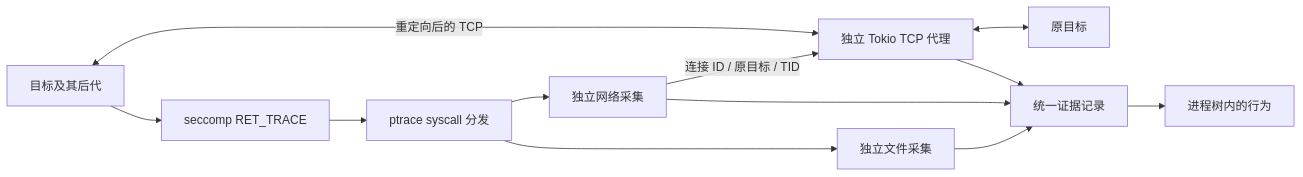
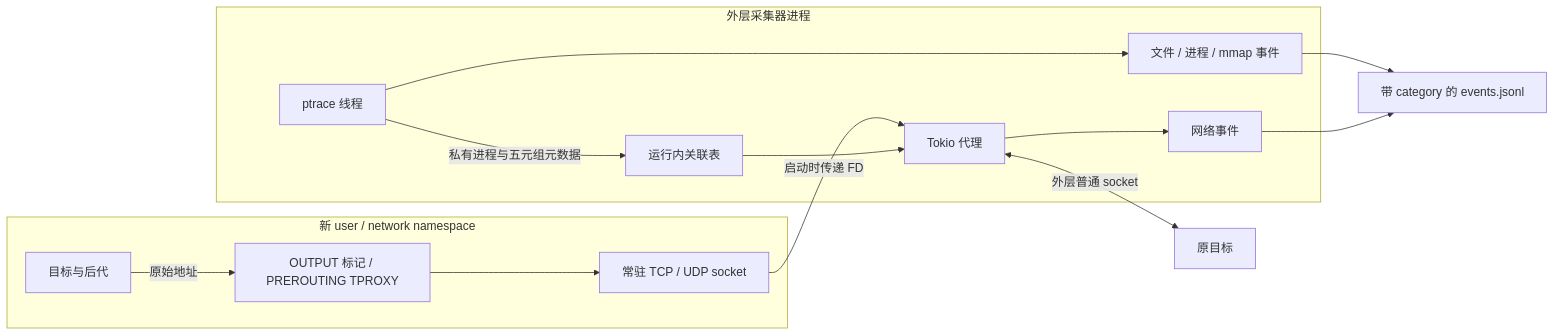
Before and after one commit to nullptrpanic/AgentTomo: the diagram in docs/file-network-collection.md, drawn with Mermaid. The commit also changed other lines of this file and 119 other files, not shown here.

````diff
--- a/docs/file-network-collection.md
+++ b/docs/file-network-collection.md
@@ -16,14 +16,17 @@
 ```mermaid
 flowchart LR
-    Target[目标及其后代] --> Filter[seccomp RET_TRACE]
-    Filter --> Dispatch[ptrace syscall 分发]
-    Dispatch --> Files[独立文件采集]
-    Dispatch --> Net[独立网络采集]
-    Net -->|连接 ID / 原目标 / TID| Proxy[独立 Tokio TCP 代理]
-    Target <-->|重定向后的 TCP| Proxy
-    Proxy <--> Remote[原目标]
-    Files --> Records[统一证据记录]
-    Net --> Records
-    Proxy --> Records
-    Records --> Tree[进程树内的行为]
+    subgraph Inner[新 user / network namespace]
+        Target[目标与后代] -->|原始地址| Rules[OUTPUT 标记 / PREROUTING TPROXY]
+        Rules --> Listen[常驻 TCP / UDP socket]
+    end
+    subgraph Outer[外层采集器进程]
+        Listen -->|启动时传递 FD| Proxy[Tokio 代理]
+        Trace[ptrace 线程] -->|私有进程与五元组元数据| Registry[运行内关联表]
+        Registry --> Proxy
+        Trace --> File[文件 / 进程 / mmap 事件]
+        Proxy --> Network[网络事件]
+    end
+    Proxy <-->|外层普通 socket| Upstream[原目标]
+    File --> Log[带 category 的 events.jsonl]
+    Network --> Log
 ```
````
